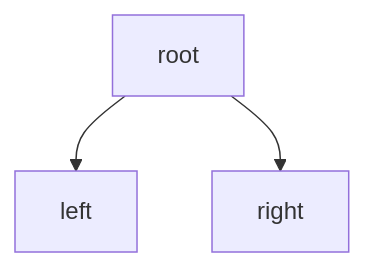
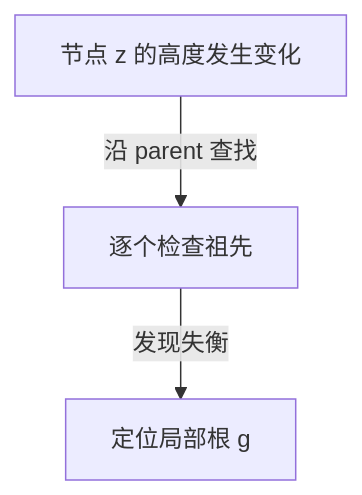
One commit to FormingSystem/linux_note changed the first of 3 diagrams in tools/ai/application/mermaid_require.md. Above: the diagram before and after it, drawn with Mermaid. The commit also changed other lines of this file and 9 other files, not shown here.

First line of the commit message:
docs(repository/writing): 校正参考入口与图形协作约定

````diff
--- a/tools/ai/application/mermaid_require.md
+++ b/tools/ai/application/mermaid_require.md
@@ -34,8 +28,5 @@
 ```mermaid
-graph TD
-	A["root"]
-	B["left"]
-	C["right"]
-	A --> B
-	A --> C
+flowchart TD
+    changed_node["节点 z 的高度发生变化"] -->|"沿 parent 查找"| ancestor["逐个检查祖先"]
+    ancestor -->|"发现失衡"| unbalanced_root["定位局部根 g"]
 ```
````
